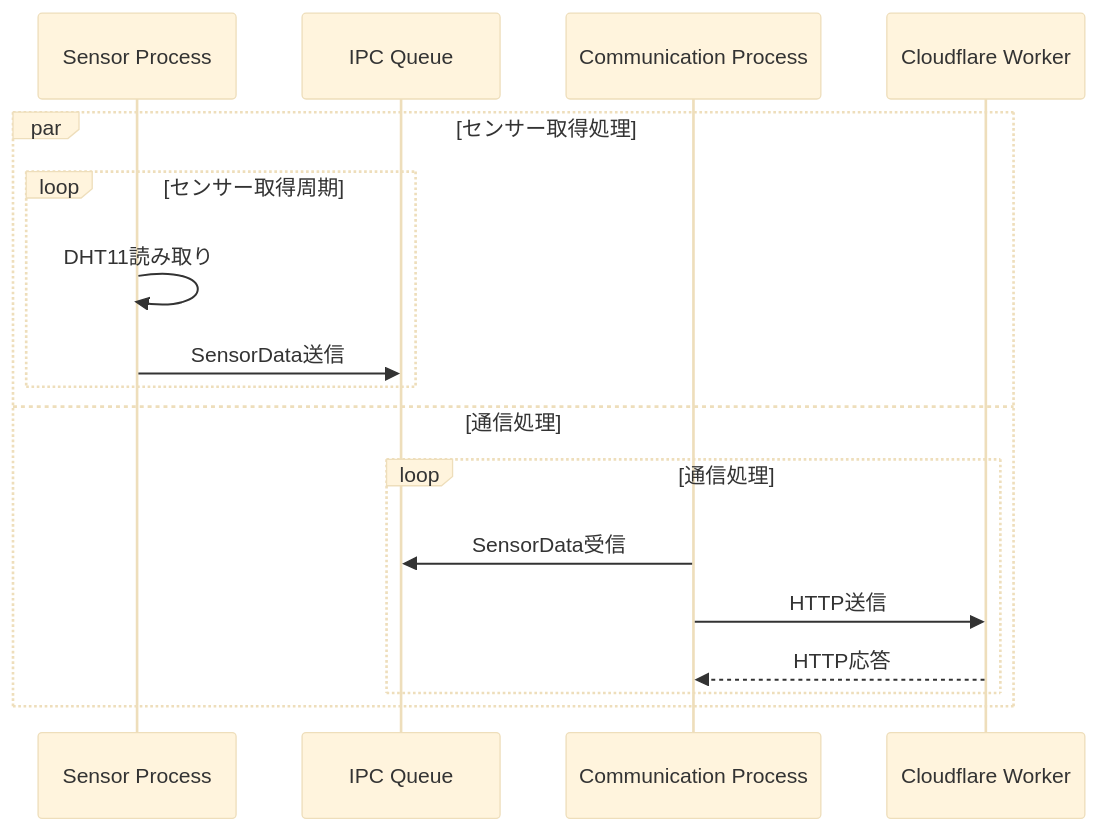
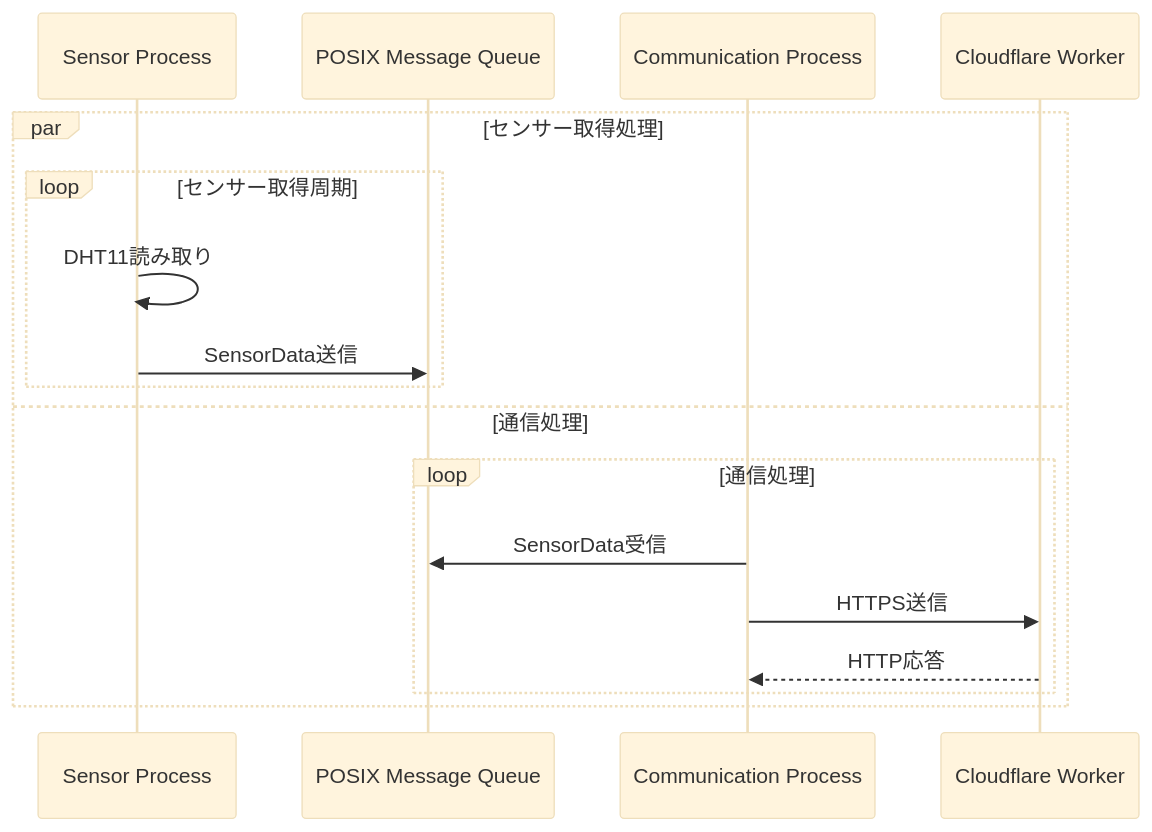
Before and after one commit to yujimasuda77777/Raspberry_Pi_4B_Edge_IoT_System: the ninth of 15 diagrams in docs/04_data_ipc_communication.md, drawn with Mermaid (base theme). The commit also changed other lines of this file and 1 other file, not shown here.

````diff
--- a/docs/04_data_ipc_communication.md
+++ b/docs/04_data_ipc_communication.md
@@ -562,20 +572,20 @@
 ```mermaid
 sequenceDiagram
     participant Sensor as Sensor Process
-    participant IPC as IPC Queue
+    participant IPC as POSIX Message Queue
     participant Comm as Communication Process
     participant Worker as Cloudflare Worker
 
     par センサー取得処理
         loop センサー取得周期
             Sensor->>Sensor: DHT11読み取り
             Sensor->>IPC: SensorData送信
         end
     and 通信処理
         loop 通信処理
             Comm->>IPC: SensorData受信
-            Comm->>Worker: HTTP送信
+            Comm->>Worker: HTTPS送信
             Worker-->>Comm: HTTP応答
         end
     end
 ```
````
